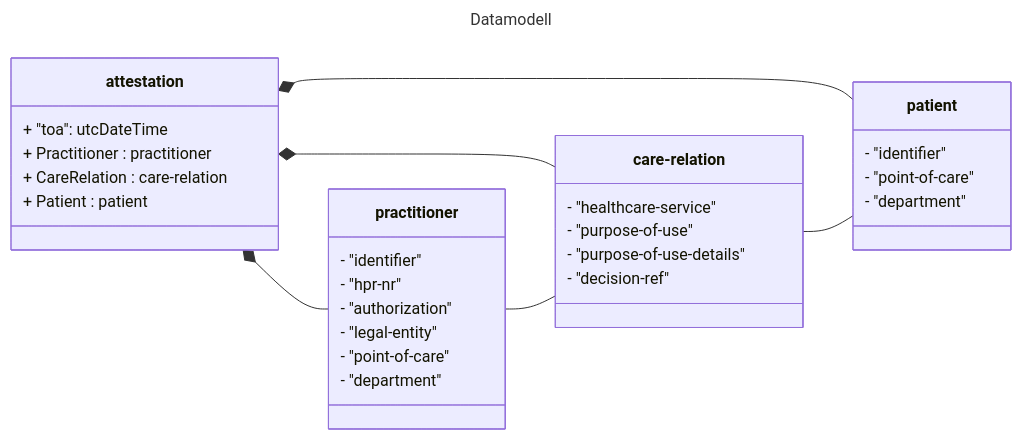
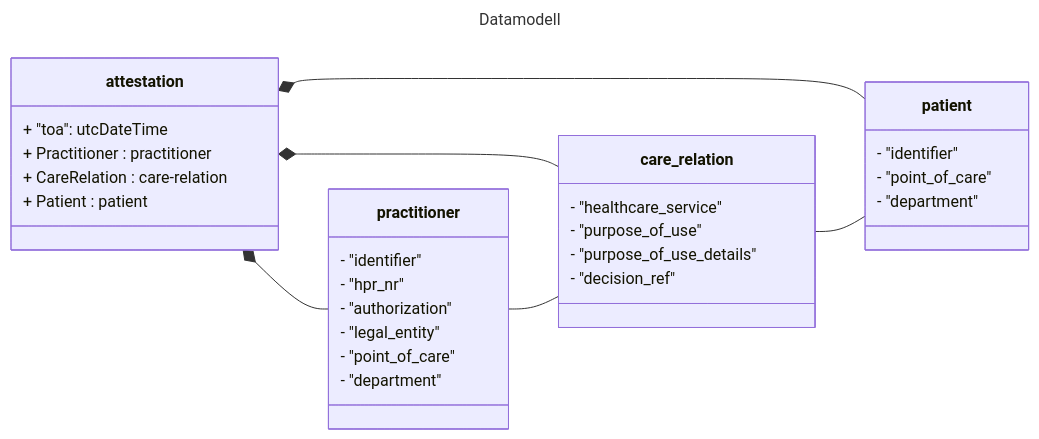
Before and after one commit to NorskHelsenett/Tillitsrammeverk: the second of 3 diagrams in specs/informasjons_og_datamodell.md, drawn with Mermaid. The commit also changed other lines of this file and 14 other files, not shown here.

````diff
--- a/specs/informasjons_og_datamodell.md
+++ b/specs/informasjons_og_datamodell.md
@@ -224,50 +225,50 @@
 ```mermaid
 ---
 title: Datamodell
 ---
 classDiagram
 
 	class Attestation["attestation"]{
 		+ "toa": utcDateTime
 		+ Practitioner : practitioner
 		+ CareRelation : care-relation
 		+ Patient : patient
 	}
 
 	class Practitioner["practitioner"] {
 		- "identifier"
-		- "hpr-nr"
+		- "hpr_nr"
 		- "authorization"
-		- "legal-entity"
-		- "point-of-care"
+		- "legal_entity"
+		- "point_of_care"
 		- "department"
 	}
 		
-	class CareRelation["care-relation"] {
-		- "healthcare-service"
-		- "purpose-of-use"
-		- "purpose-of-use-details"
-		- "decision-ref"
+	class CareRelation["care_relation"] {
+		- "healthcare_service"
+		- "purpose_of_use"
+		- "purpose_of_use_details"
+		- "decision_ref"
 	}
 	
 	class Patient["patient"]{
 		- "identifier"
-		- "point-of-care"
+		- "point_of_care"
 		- "department"
 	}	
 
 
 direction TD
 	Attestation *-- Practitioner
 	Attestation *-- CareRelation
 	Attestation *-- Patient
 
 direction LR
 	Practitioner -- CareRelation
 	CareRelation -- Patient
 
 
 
 	
 		
 ```
````
